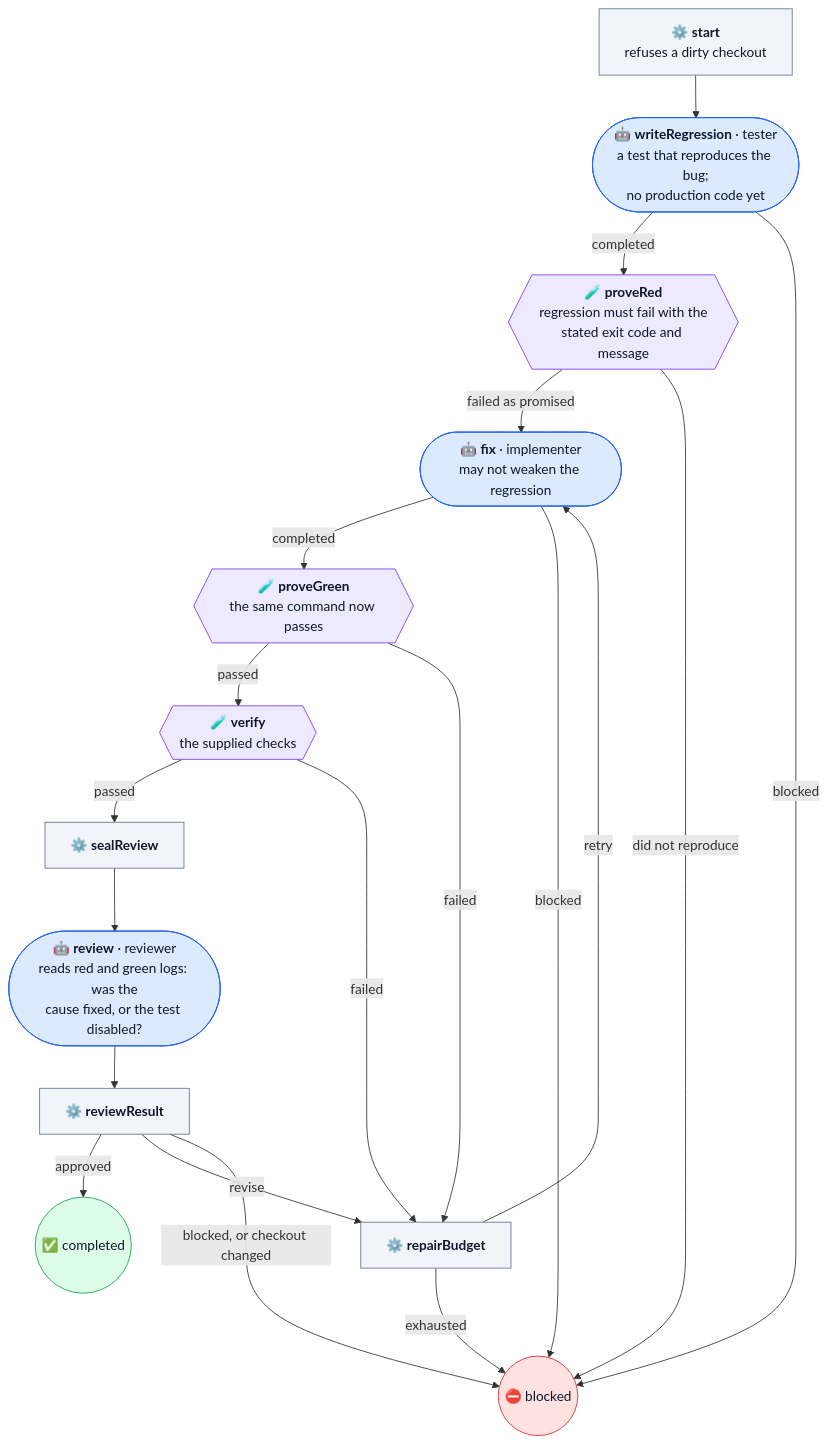
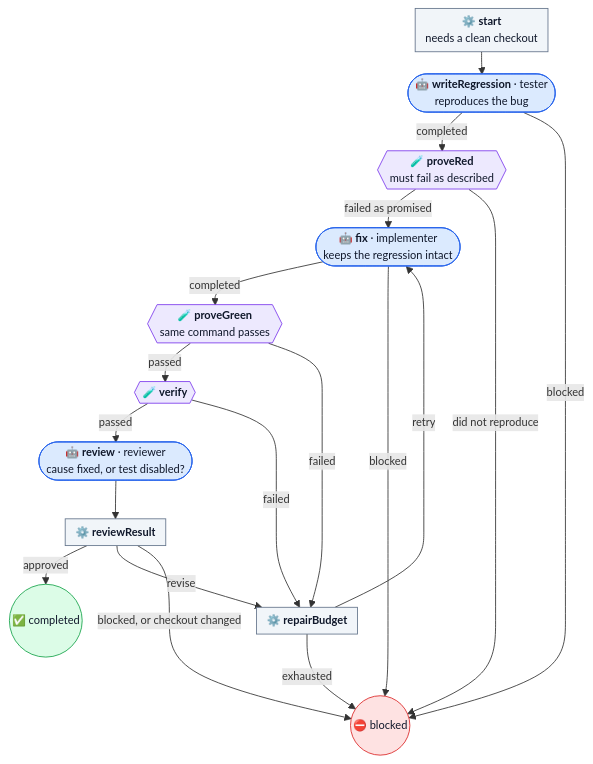
One commit to dna113p/machine-shop changed the diagram in docs/workflows/fix-bug.md. Above: the diagram before and after it, drawn with Mermaid. The commit also changed 13 other files, not shown here.

First line of the commit message:
The workflow diagrams are about half their size

````diff
--- a/docs/workflows/fix-bug.md
+++ b/docs/workflows/fix-bug.md
@@ -48,43 +48,43 @@
 ```mermaid
+%%{init: {"themeVariables": {"fontSize": "13px"}, "flowchart": {"nodeSpacing": 16, "rankSpacing": 26, "padding": 6, "diagramPadding": 4}}}%%
 flowchart TD
-  start["⚙️ <b>start</b><br/>refuses a dirty checkout"]
-  write(["🤖 <b>writeRegression</b> · tester<br/>a test that reproduces the bug;<br/>no production code yet"])
-  red{{"🧪 <b>proveRed</b><br/>regression must fail with the<br/>stated exit code and message"}}
-  fix(["🤖 <b>fix</b> · implementer<br/>may not weaken the regression"])
-  green{{"🧪 <b>proveGreen</b><br/>the same command now passes"}}
-  verify{{"🧪 <b>verify</b><br/>the supplied checks"}}
-  seal["⚙️ <b>sealReview</b>"]
-  review(["🤖 <b>review</b> · reviewer<br/>reads red and green logs: was the<br/>cause fixed, or the test disabled?"])
+  start["⚙️ <b>start</b><br/>needs a clean checkout"]
+  write(["🤖 <b>writeRegression</b> · tester<br/>reproduces the bug"])
+  red{{"🧪 <b>proveRed</b><br/>must fail as described"}}
+  fix(["🤖 <b>fix</b> · implementer<br/>keeps the regression intact"])
+  green{{"🧪 <b>proveGreen</b><br/>same command passes"}}
+  verify{{"🧪 <b>verify</b>"}}
+  review(["🤖 <b>review</b> · reviewer<br/>cause fixed, or test disabled?"])
   result["⚙️ <b>reviewResult</b>"]
   budget["⚙️ <b>repairBudget</b>"]
   done(("✅ completed"))
   blocked(("⛔ blocked"))
 
   start --> write
   write -->|completed| red
   write -->|blocked| blocked
   red -->|"failed as promised"| fix
   red -->|"did not reproduce"| blocked
   fix -->|completed| green
   fix -->|blocked| blocked
   green -->|passed| verify
   green -->|failed| budget
-  verify -->|passed| seal --> review --> result
+  verify -->|passed| review --> result
   verify -->|failed| budget
   result -->|approved| done
   result -->|revise| budget
   result -->|"blocked, or checkout changed"| blocked
   budget -->|retry| fix
   budget -->|exhausted| blocked
 
   classDef agent fill:#dbeafe,stroke:#2563eb,color:#0f172a
   classDef op fill:#f1f5f9,stroke:#64748b,color:#0f172a
   classDef gate fill:#ede9fe,stroke:#7c3aed,color:#0f172a
   classDef good fill:#dcfce7,stroke:#16a34a,color:#0f172a
   classDef bad fill:#fee2e2,stroke:#dc2626,color:#0f172a
   class write,fix,review agent
-  class start,seal,result,budget op
+  class start,result,budget op
   class red,green,verify gate
   class done good
   class blocked bad
 ```
````
